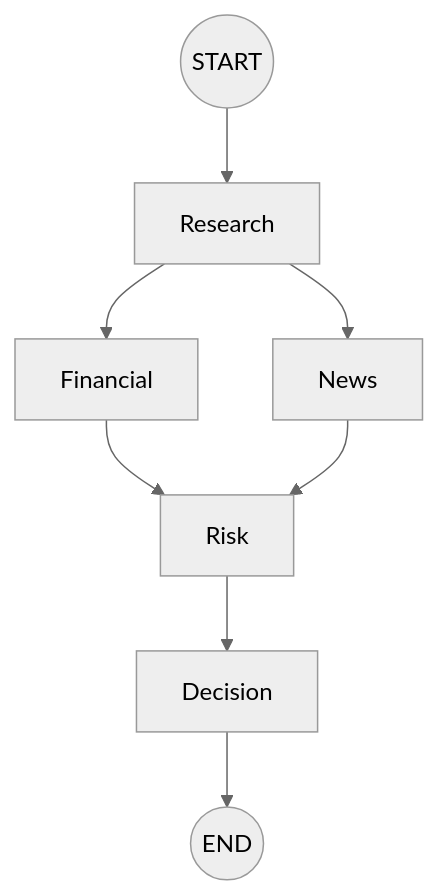
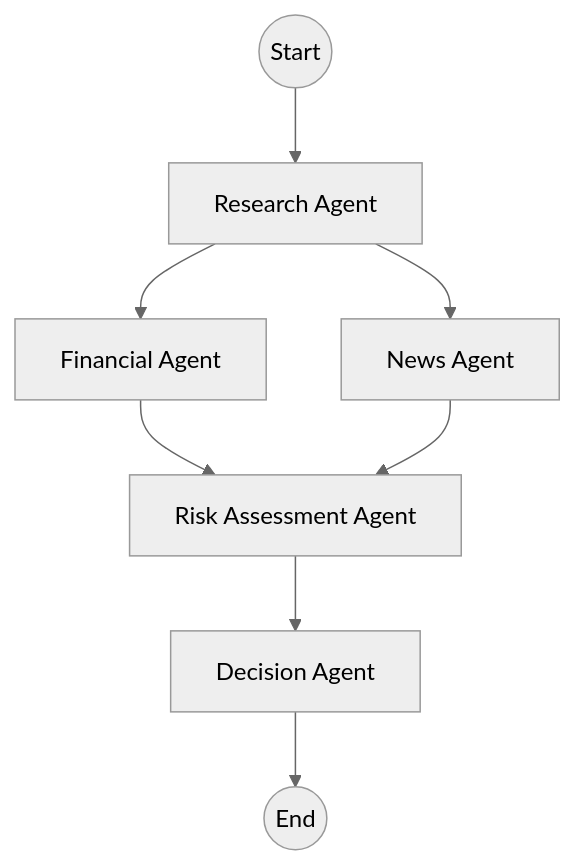
Before and after one commit to rk-ritik-raj/alphalens-investment-research: the diagram in README.md, drawn with Mermaid (neutral theme). The commit also changed other lines of this file, not shown here.

````diff
--- a/README.md
+++ b/README.md
@@ -320,19 +169,16 @@
 ```mermaid
 graph TD
+    START((Start))
 
-START((START))
+    START --> Research[Research Agent]
 
-START --> Research
+    Research --> Financial[Financial Agent]
+    Research --> News[News Agent]
 
-Research --> Financial
+    Financial --> Risk[Risk Assessment Agent]
+    News --> Risk
 
-Research --> News
+    Risk --> Decision[Decision Agent]
 
-Financial --> Risk
-
-News --> Risk
-
-Risk --> Decision
-
-Decision --> END((END))
+    Decision --> END((End))
 ```
````
